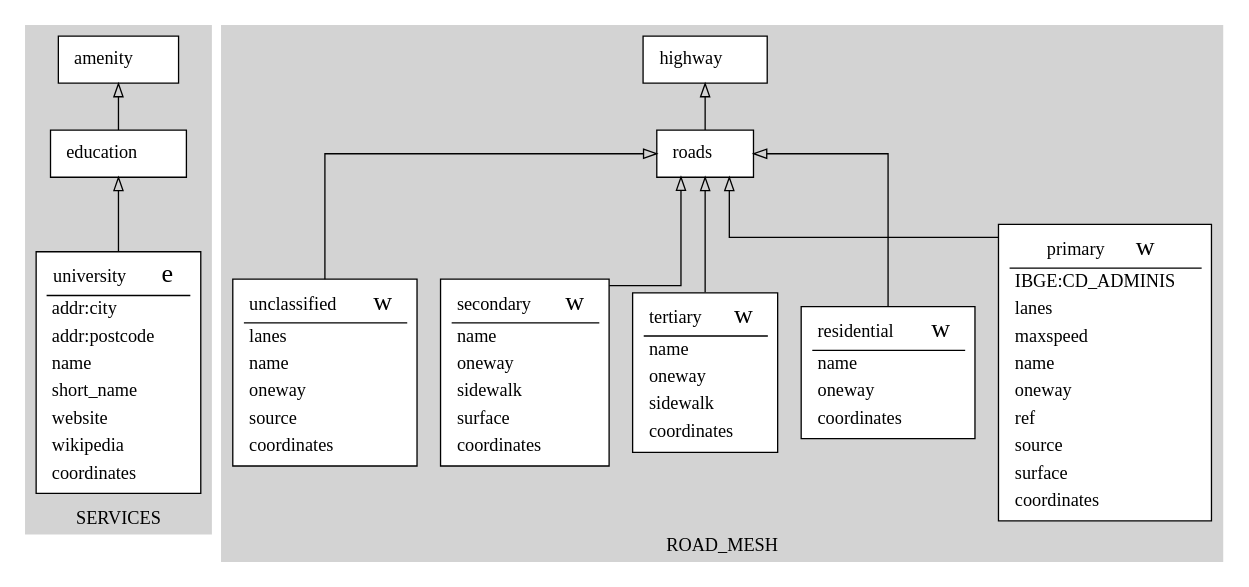
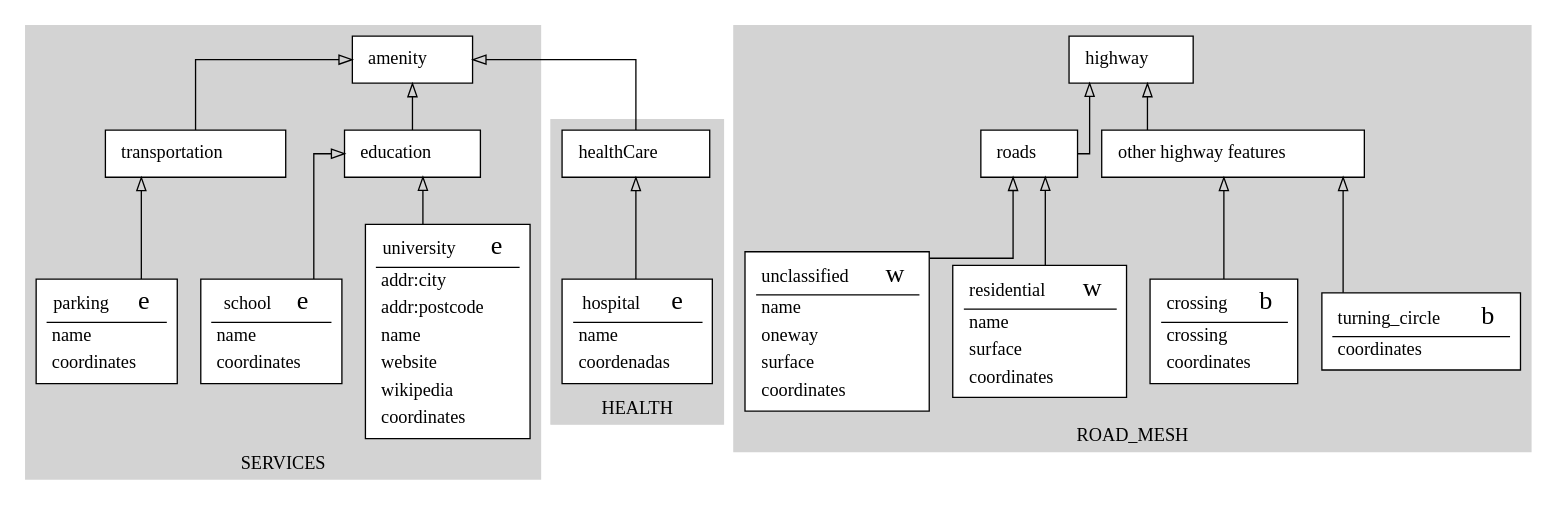
One commit to vinisperandio/OSM2Diagram_optmizated changed the diagram in schema.gv. Above: the diagram before and after it, drawn with Graphviz. The commit also changed 3 other files, not shown here.

```diff
--- a/schema.gv
+++ b/schema.gv
@@ -21,9 +21,6 @@
 				<TD align="left">name</TD>
 			 </TR>
 			<TR>
-				<TD align="left">short_name</TD>
-			 </TR>
-			<TR>
 				<TD align="left">website</TD>
 			 </TR>
 			<TR>
@@ -42,49 +39,26 @@
 		2[style = "filled, bold" penwidth = "1" fillcolor="white" label=<
 			<TABLE color="black" border="0">
 			 <TR>
-				<TD align="center"><font color="black">education</font>  </TD>
-			</TR>
-			</TABLE>>]
-	}
-	subgraph cluster_HEALTH {
-		node [color=black style=filled]
-		color=lightgrey style=filled
-		label=HEALTH
-	}
-	subgraph cluster_ROAD_MESH {
-		node [color=black style=filled]
-		color=lightgrey style=filled
-		label=ROAD_MESH
-		3[style = "filled, bold" penwidth = "1" fillcolor="white" label=<
-			<TABLE color="black" border="0">
-			 <TR>
-				<TD align="center"><font color="black">primary</font>  
-				<font FACE="sigmoda" POINT-SIZE="20.0"> w</font></TD>
+				<TD align="center"><font color="black">school</font>  
+				<font FACE="sigmoda" POINT-SIZE="20.0"> e</font></TD>
 			</TR>
 			<hr/>
-			<TR>
-				<TD align="left">IBGE:CD_ADMINIS</TD>
-			 </TR>
-			<TR>
-				<TD align="left">lanes</TD>
-			 </TR>
-			<TR>
-				<TD align="left">maxspeed</TD>
-			 </TR>
 			<TR>
 				<TD align="left">name</TD>
 			 </TR>
 			<TR>
-				<TD align="left">oneway</TD>
+				<TD align="left">coordinates</TD>
 			 </TR>
+			</TABLE>>]
+		3[style = "filled, bold" penwidth = "1" fillcolor="white" label=<
+			<TABLE color="black" border="0">
+			 <TR>
+				<TD align="center"><font color="black">parking</font>  
+				<font FACE="sigmoda" POINT-SIZE="20.0"> e</font></TD>
+			</TR>
+			<hr/>
 			<TR>
-				<TD align="left">ref</TD>
-			 </TR>
-			<TR>
-				<TD align="left">source</TD>
-			 </TR>
-			<TR>
-				<TD align="left">surface</TD>
+				<TD align="left">name</TD>
 			 </TR>
 			<TR>
 				<TD align="left">coordinates</TD>
@@ -93,10 +67,77 @@
 		4[style = "filled, bold" penwidth = "1" fillcolor="white" label=<
 			<TABLE color="black" border="0">
 			 <TR>
+				<TD align="center"><font color="black">education</font>  </TD>
+			</TR>
+			</TABLE>>]
+		5[style = "filled, bold" penwidth = "1" fillcolor="white" label=<
+			<TABLE color="black" border="0">
+			 <TR>
+				<TD align="center"><font color="black">transportation</font>  </TD>
+			</TR>
+			</TABLE>>]
+	}
+	subgraph cluster_HEALTH {
+		node [color=black style=filled]
+		color=lightgrey style=filled
+		label=HEALTH
+		6[style = "filled, bold" penwidth = "1" fillcolor="white" label=<
+			<TABLE color="black" border="0">
+			 <TR>
+				<TD align="center"><font color="black">hospital</font>  
+				<font FACE="sigmoda" POINT-SIZE="20.0"> e</font></TD>
+			</TR>
+			<hr/>
+			<TR>
+				<TD align="left">name</TD>
+			 </TR>
+			<TR>
+				<TD align="left">coordenadas</TD>
+			 </TR>
+			</TABLE>>]
+		7[style = "filled, bold" penwidth = "1" fillcolor="white" label=<
+			<TABLE color="black" border="0">
+			 <TR>
+				<TD align="center"><font color="black">healthCare</font>  </TD>
+			</TR>
+			</TABLE>>]
+	}
+	subgraph cluster_ROAD_MESH {
+		node [color=black style=filled]
+		color=lightgrey style=filled
+		label=ROAD_MESH
+		8[style = "filled, bold" penwidth = "1" fillcolor="white" label=<
+			<TABLE color="black" border="0">
+			 <TR>
+				<TD align="center"><font color="black">turning_circle</font>  
+				<font FACE="sigmoda" POINT-SIZE="20.0"> b</font></TD>
+			</TR>
+			<hr/>
+			<TR>
+				<TD align="left">coordinates</TD>
+			 </TR>
+			</TABLE>>]
+		9[style = "filled, bold" penwidth = "1" fillcolor="white" label=<
+			<TABLE color="black" border="0">
+			 <TR>
 				<TD align="center"><font color="black">highway</font>  </TD>
 			</TR>
 			</TABLE>>]
-		5[style = "filled, bold" penwidth = "1" fillcolor="white" label=<
+		10[style = "filled, bold" penwidth = "1" fillcolor="white" label=<
+			<TABLE color="black" border="0">
+			 <TR>
+				<TD align="center"><font color="black">crossing</font>  
+				<font FACE="sigmoda" POINT-SIZE="20.0"> b</font></TD>
+			</TR>
+			<hr/>
+			<TR>
+				<TD align="left">crossing</TD>
+			 </TR>
+			<TR>
+				<TD align="left">coordinates</TD>
+			 </TR>
+			</TABLE>>]
+		11[style = "filled, bold" penwidth = "1" fillcolor="white" label=<
 			<TABLE color="black" border="0">
 			 <TR>
 				<TD align="center"><font color="black">residential</font>  
@@ -107,16 +148,16 @@
 				<TD align="left">name</TD>
 			 </TR>
 			<TR>
-				<TD align="left">oneway</TD>
+				<TD align="left">surface</TD>
 			 </TR>
 			<TR>
 				<TD align="left">coordinates</TD>
 			 </TR>
 			</TABLE>>]
-		6[style = "filled, bold" penwidth = "1" fillcolor="white" label=<
+		12[style = "filled, bold" penwidth = "1" fillcolor="white" label=<
 			<TABLE color="black" border="0">
 			 <TR>
-				<TD align="center"><font color="black">tertiary</font>  
+				<TD align="center"><font color="black">unclassified</font>  
 				<font FACE="sigmoda" POINT-SIZE="20.0"> w</font></TD>
 			</TR>
 			<hr/>
@@ -127,73 +168,38 @@
 				<TD align="left">oneway</TD>
 			 </TR>
 			<TR>
-				<TD align="left">sidewalk</TD>
-			 </TR>
-			<TR>
-				<TD align="left">coordinates</TD>
-			 </TR>
-			</TABLE>>]
-		7[style = "filled, bold" penwidth = "1" fillcolor="white" label=<
-			<TABLE color="black" border="0">
-			 <TR>
-				<TD align="center"><font color="black">secondary</font>  
-				<font FACE="sigmoda" POINT-SIZE="20.0"> w</font></TD>
-			</TR>
-			<hr/>
-			<TR>
-				<TD align="left">name</TD>
-			 </TR>
-			<TR>
-				<TD align="left">oneway</TD>
-			 </TR>
-			<TR>
-				<TD align="left">sidewalk</TD>
-			 </TR>
-			<TR>
 				<TD align="left">surface</TD>
 			 </TR>
 			<TR>
 				<TD align="left">coordinates</TD>
 			 </TR>
 			</TABLE>>]
-		8[style = "filled, bold" penwidth = "1" fillcolor="white" label=<
+		13[style = "filled, bold" penwidth = "1" fillcolor="white" label=<
 			<TABLE color="black" border="0">
 			 <TR>
-				<TD align="center"><font color="black">unclassified</font>  
-				<font FACE="sigmoda" POINT-SIZE="20.0"> w</font></TD>
+				<TD align="center"><font color="black">other highway features</font>  </TD>
 			</TR>
-			<hr/>
-			<TR>
-				<TD align="left">lanes</TD>
-			 </TR>
-			<TR>
-				<TD align="left">name</TD>
-			 </TR>
-			<TR>
-				<TD align="left">oneway</TD>
-			 </TR>
-			<TR>
-				<TD align="left">source</TD>
-			 </TR>
-			<TR>
-				<TD align="left">coordinates</TD>
-			 </TR>
 			</TABLE>>]
-		9[style = "filled, bold" penwidth = "1" fillcolor="white" label=<
+		14[style = "filled, bold" penwidth = "1" fillcolor="white" label=<
 			<TABLE color="black" border="0">
 			 <TR>
 				<TD align="center"><font color="black">roads</font>  </TD>
 			</TR>
 			</TABLE>>]
 	}
-		0 -> 2[arrowhead=onormal]
-		2 -> 1[arrowhead=onormal]
-		3 -> 9[arrowhead=onormal]
-		5 -> 9[arrowhead=onormal]
-		6 -> 9[arrowhead=onormal]
-		7 -> 9[arrowhead=onormal]
-		8 -> 9[arrowhead=onormal]
-		9 -> 4[arrowhead=onormal]
+		0 -> 4[arrowhead=onormal]
+		2 -> 4[arrowhead=onormal]
+		3 -> 5[arrowhead=onormal]
+		4 -> 1[arrowhead=onormal]
+		5 -> 1[arrowhead=onormal]
+		6 -> 7[arrowhead=onormal]
+		7 -> 1[arrowhead=onormal]
+		8 -> 13[arrowhead=onormal]
+		10 -> 13[arrowhead=onormal]
+		11 -> 14[arrowhead=onormal]
+		12 -> 14[arrowhead=onormal]
+		13 -> 9[arrowhead=onormal]
+		14 -> 9[arrowhead=onormal]
 	rankdir=BT
 	splines=ortho
 }
```
